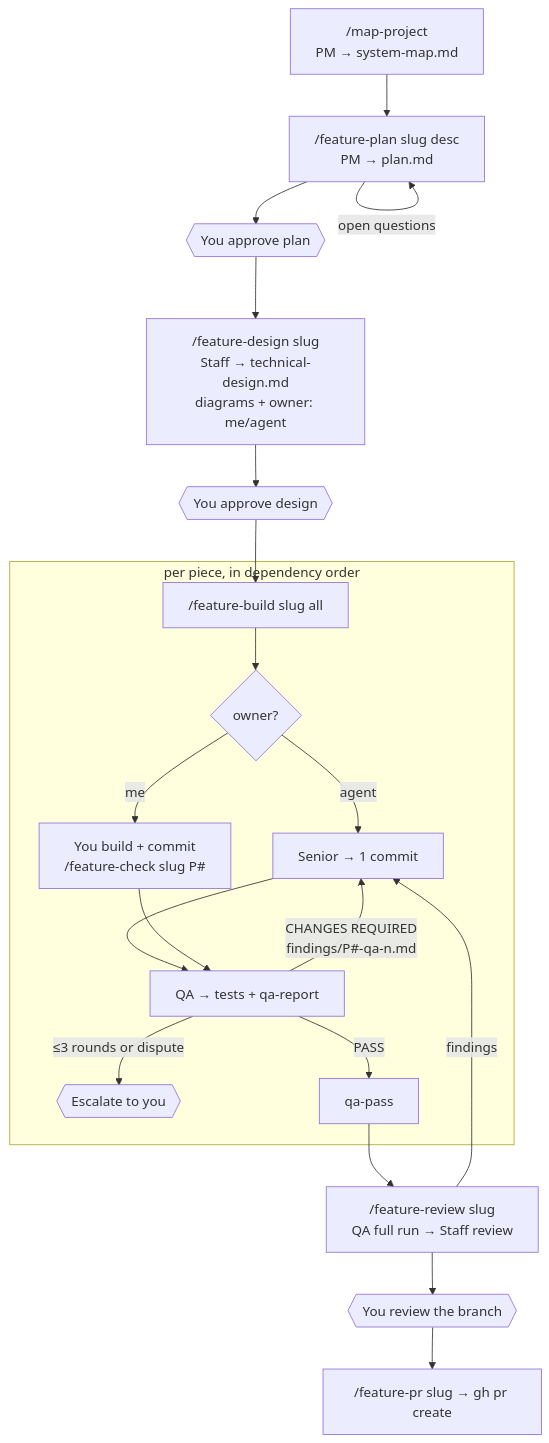
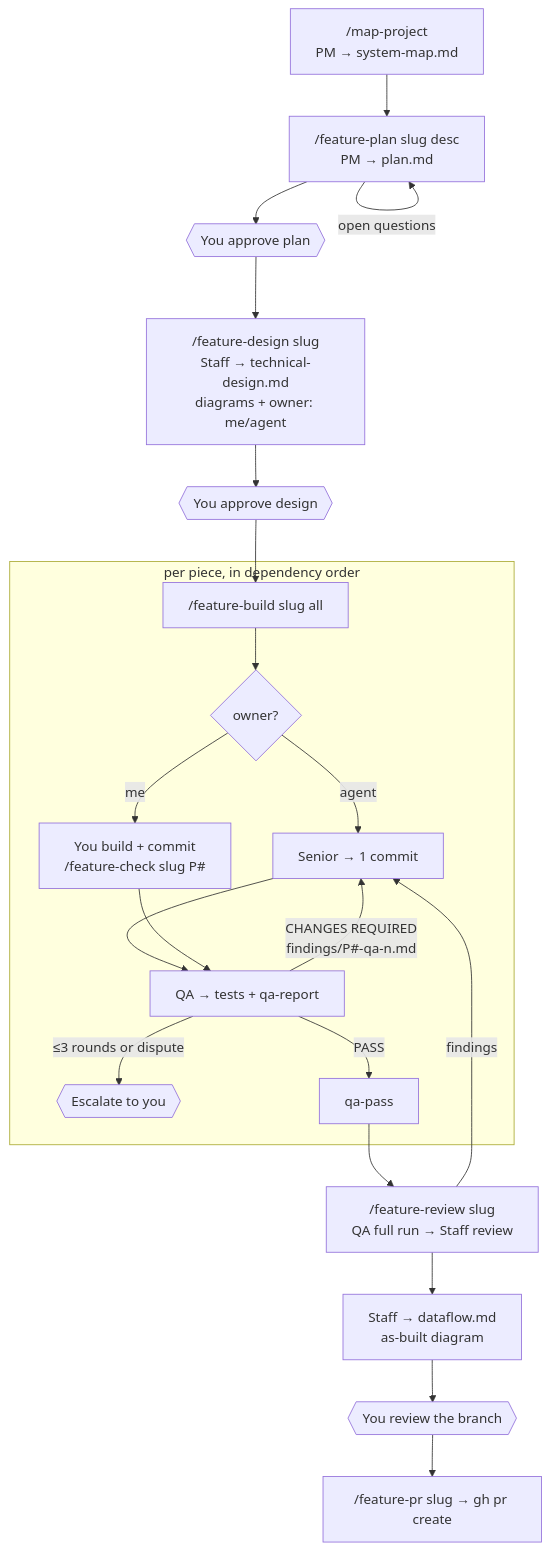
Before and after one commit to LucasEstreladeOliveira/agentic-workflow: the diagram in WORKFLOW.md, drawn with Mermaid. The commit also changed other lines of this file and 6 other files, not shown here.

First line of the commit message:
feat(workflow): staff agent writes as-built dataflow diagram

````diff
--- a/WORKFLOW.md
+++ b/WORKFLOW.md
@@ -5,25 +5,26 @@
 ```mermaid
 flowchart TD
     A["/map-project<br/>PM → system-map.md"] --> B["/feature-plan slug desc<br/>PM → plan.md"]
     B -->|open questions| B
     B --> G1{{You approve plan}}
     G1 --> C["/feature-design slug<br/>Staff → technical-design.md<br/>diagrams + owner: me/agent"]
     C --> G2{{You approve design}}
     G2 --> D["/feature-build slug all"]
 
     subgraph LOOP [per piece, in dependency order]
       D --> E{owner?}
       E -->|agent| F[Senior → 1 commit]
       E -->|me| M[You build + commit<br/>/feature-check slug P#]
       F --> Q[QA → tests + qa-report]
       M --> Q
       Q -->|CHANGES REQUIRED<br/>findings/P#-qa-n.md| F
       Q -->|≤3 rounds or dispute| X{{Escalate to you}}
       Q -->|PASS| OK[qa-pass]
     end
 
     OK --> R["/feature-review slug<br/>QA full run → Staff review"]
     R -->|findings| F
-    R --> G3{{You review the branch}}
+    R --> DF["Staff → dataflow.md<br/>as-built diagram"]
+    DF --> G3{{You review the branch}}
     G3 --> P["/feature-pr slug → gh pr create"]
 ```
````
